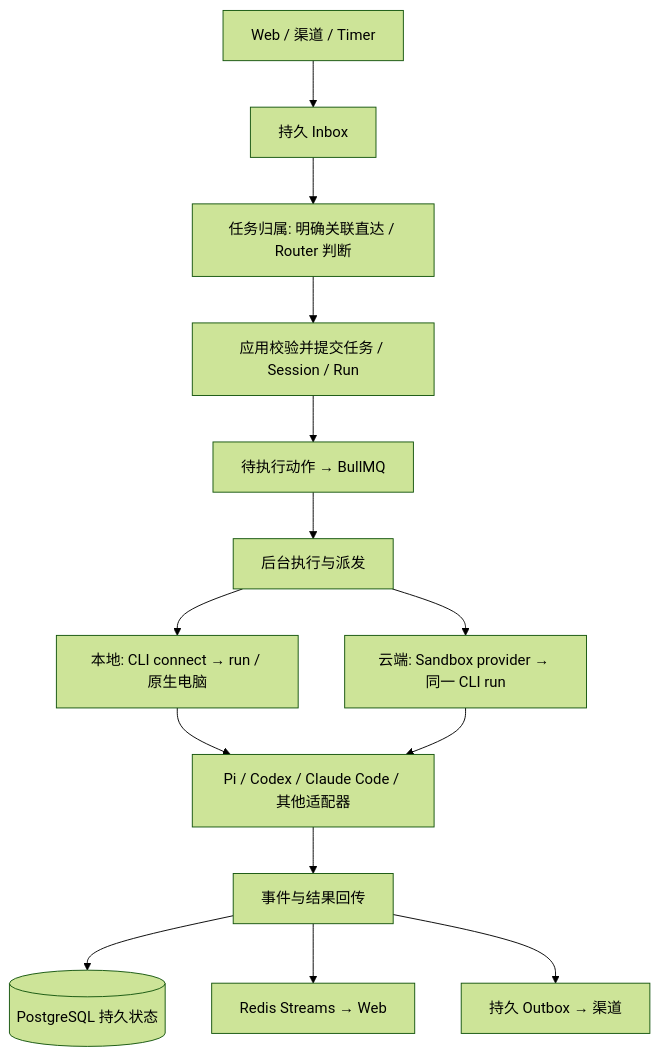
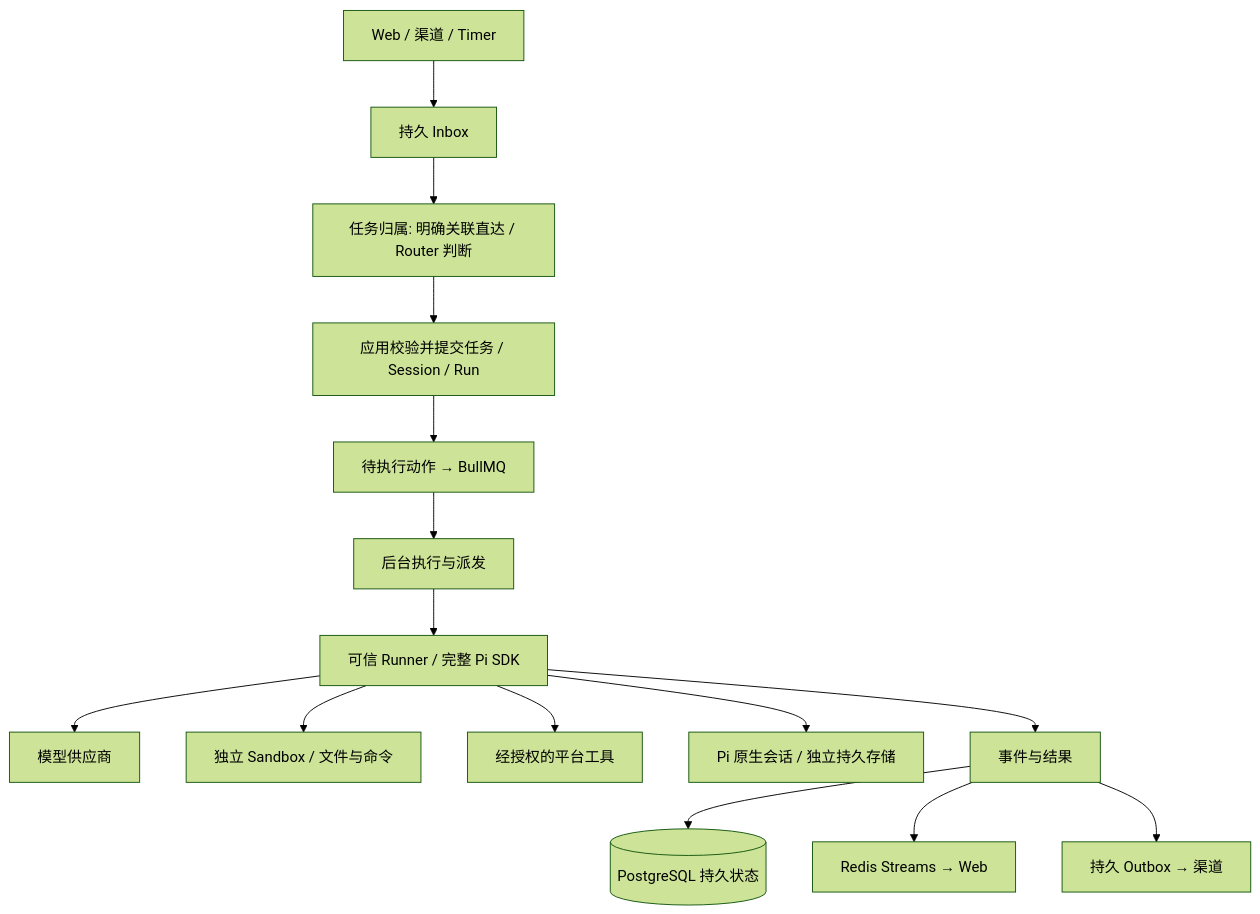
Before and after one commit to zihanyang-dev/always-on: the diagram in docs/architecture.md, drawn with Mermaid (forest theme). The commit also changed other lines of this file and 92 other files, not shown here.

````diff
--- a/docs/architecture.md
+++ b/docs/architecture.md
@@ -13,16 +13,17 @@
 ```mermaid
 flowchart TD
     Input[Web / 渠道 / Timer] --> Inbox[持久 Inbox]
     Inbox --> Routing[任务归属: 明确关联直达 / Router 判断]
     Routing --> Work[应用校验并提交任务 / Session / Run]
     Work --> Queue[待执行动作 → BullMQ]
     Queue --> Dispatch[后台执行与派发]
-    Dispatch --> Local[本地: CLI connect → run / 原生电脑]
-    Dispatch --> Cloud[云端: Sandbox provider → 同一 CLI run]
-    Local --> Engine[Pi / Codex / Claude Code / 其他适配器]
-    Cloud --> Engine
-    Engine --> Result[事件与结果回传]
+    Dispatch --> Runner[可信 Runner / 完整 Pi SDK]
+    Runner --> Model[模型供应商]
+    Runner --> Sandbox[独立 Sandbox / 文件与命令]
+    Runner --> Tools[经授权的平台工具]
+    Runner --> History[Pi 原生会话 / 独立持久存储]
+    Runner --> Result[事件与结果]
     Result --> PG[(PostgreSQL 持久状态)]
     Result --> Stream[Redis Streams → Web]
     Result --> Outbox[持久 Outbox → 渠道]
 ```
````
